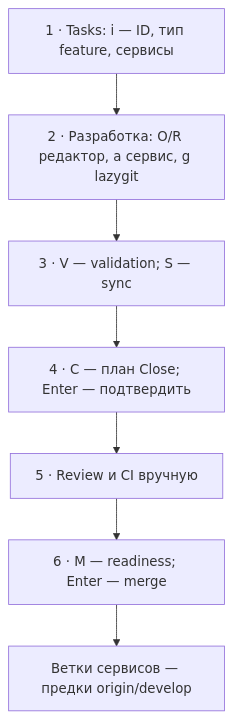
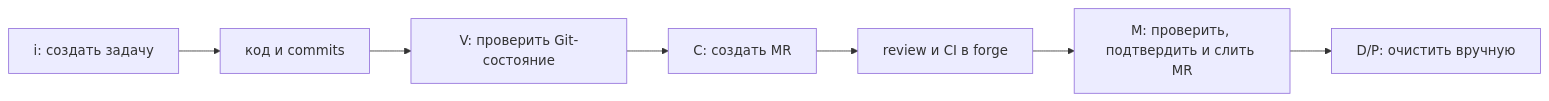
One commit to D1ssolve/wtui changed the first of 3 diagrams in docs/workflows.md. Above: the diagram before and after it, drawn with Mermaid. The commit also changed other lines of this file and 181 other files, not shown here.

````diff
--- a/docs/workflows.md
+++ b/docs/workflows.md
@@ -13,9 +17,9 @@
 ```mermaid
-flowchart TD
-    F1["1 · Tasks: i — ID, тип feature, сервисы"] --> F2["2 · Разработка: O/R редактор, a сервис, g lazygit"]
-    F2 --> F3["3 · V — validation; S — sync"]
-    F3 --> F4["4 · C — план Close; Enter — подтвердить"]
-    F4 --> F5["5 · Review и CI вручную"]
-    F5 --> F6["6 · M — readiness; Enter — merge"]
-    F6 --> F7["Ветки сервисов — предки origin/develop"]
+flowchart LR
+    A["i: создать задачу"] --> B["код и commits"]
+    B --> C["V: проверить Git-состояние"]
+    C --> D["C: создать MR"]
+    D --> E["review и CI в forge"]
+    E --> F["M: проверить, подтвердить и слить MR"]
+    F --> G["D/P: очистить вручную"]
 ```
````
